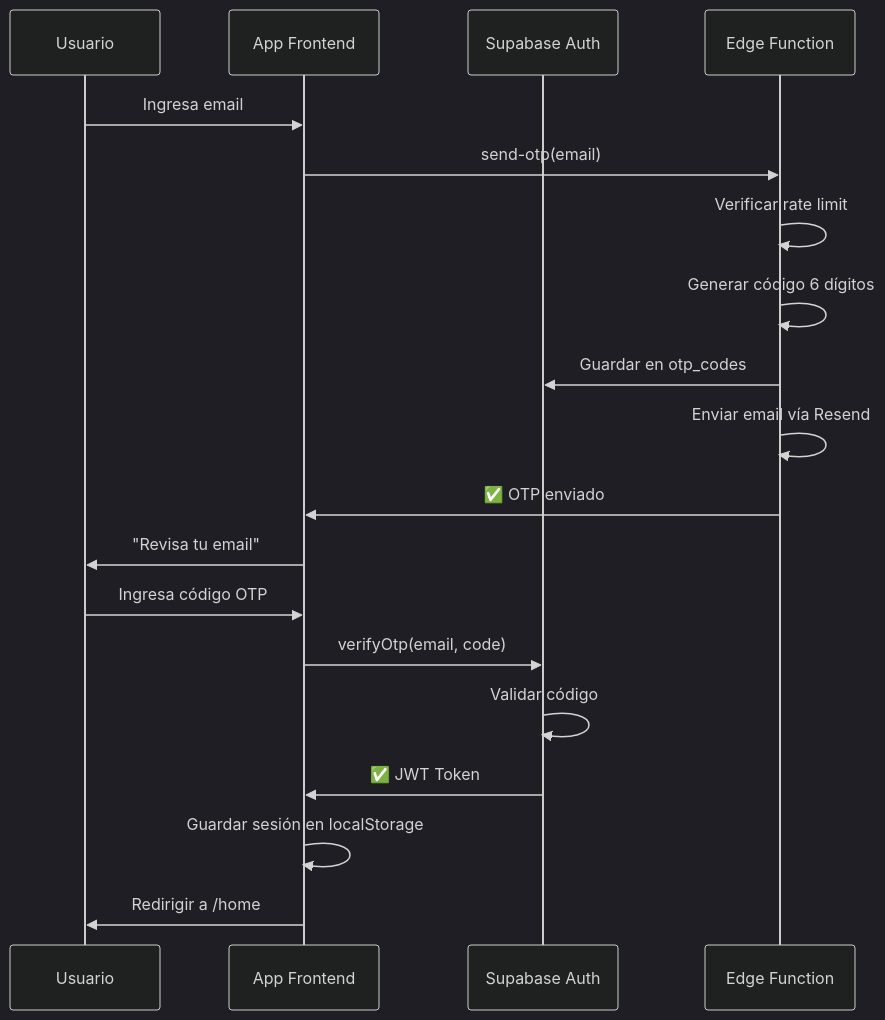
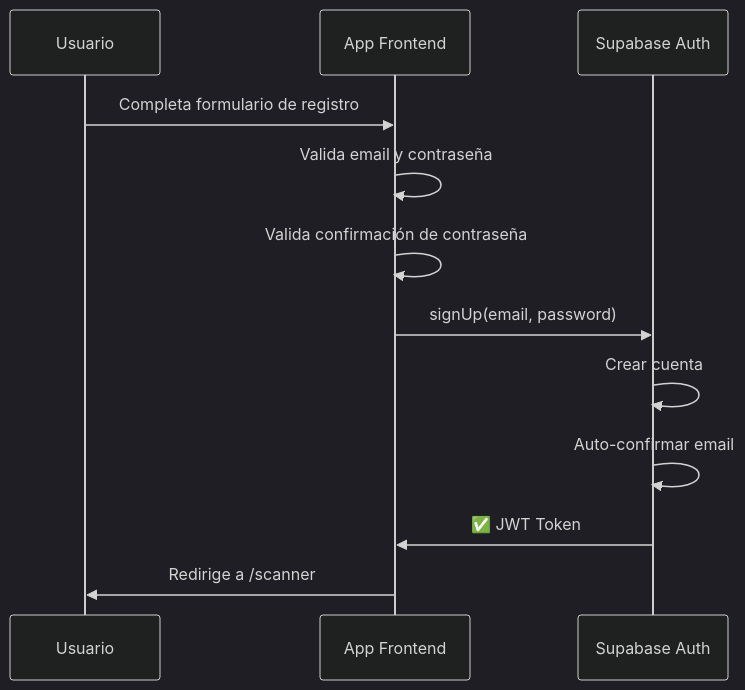
Before and after one commit to RedInc76/label-guard: the fourth of 4 diagrams in docs/PROYECTO_LABELGUARD.md, drawn with Mermaid (dark theme). The commit also changed other lines of this file, not shown here.

````diff
--- a/docs/PROYECTO_LABELGUARD.md
+++ b/docs/PROYECTO_LABELGUARD.md
@@ -1596,23 +1641,15 @@
 ```mermaid
 sequenceDiagram
     participant U as Usuario
     participant A as App Frontend
     participant SA as Supabase Auth
-    participant E as Edge Function
     
-    U->>A: Ingresa email
-    A->>E: send-otp(email)
-    E->>E: Verificar rate limit
-    E->>E: Generar código 6 dígitos
-    E->>SA: Guardar en otp_codes
-    E->>E: Enviar email vía Resend
-    E->>A: ✅ OTP enviado
-    A->>U: "Revisa tu email"
-    
-    U->>A: Ingresa código OTP
-    A->>SA: verifyOtp(email, code)
-    SA->>SA: Validar código
+    U->>A: Completa formulario de registro
+    A->>A: Valida email y contraseña
+    A->>A: Valida confirmación de contraseña
+    A->>SA: signUp(email, password)
+    SA->>SA: Crear cuenta
+    SA->>SA: Auto-confirmar email
     SA->>A: ✅ JWT Token
-    A->>A: Guardar sesión en localStorage
-    A->>U: Redirigir a /home
+    A->>U: Redirige a /scanner
 ```
````
